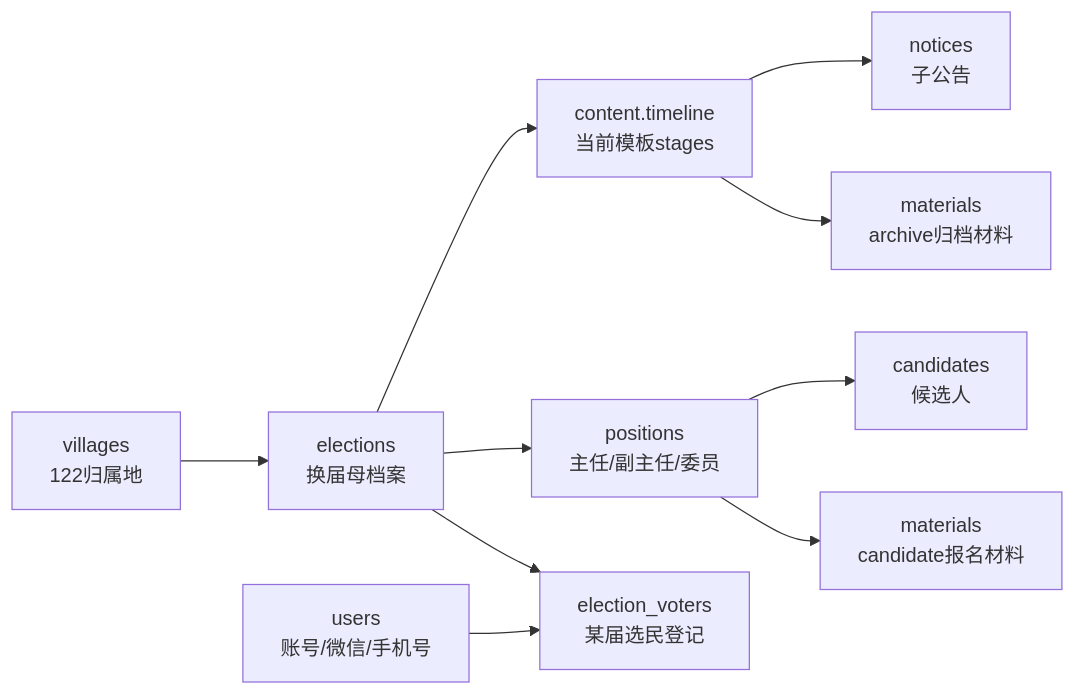
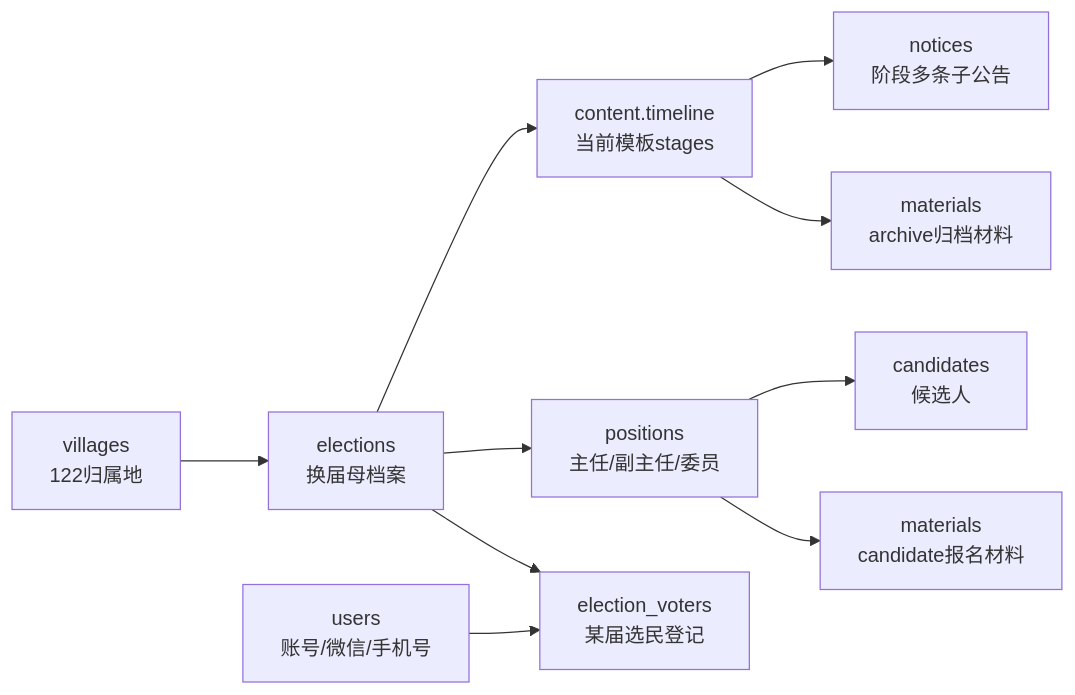
The first of 5 diagrams in 副船长的航海接力日志/当前接力图.md (4xiaxia/election-v2), drawn with Mermaid before and after one commit. The commit also changed other lines of this file and 4 other files, not shown here.

Commit message:
docs: mark stage notice collection flow

````diff
--- a/副船长的航海接力日志/当前接力图.md
+++ b/副船长的航海接力日志/当前接力图.md
@@ -7,12 +7,12 @@
 ```mermaid
 flowchart LR
     V[villages<br/>122归属地] --> E[elections<br/>换届母档案]
     E --> T[content.timeline<br/>当前模板stages]
     E --> P[positions<br/>主任/副主任/委员]
     P --> C[candidates<br/>候选人]
     P --> M1[materials<br/>candidate报名材料]
-    T --> N[notices<br/>子公告]
+    T --> N[notices<br/>阶段多条子公告]
     T --> M2[materials<br/>archive归档材料]
     U[users<br/>账号/微信/手机号] --> EV[election_voters<br/>某届选民登记]
     E --> EV
 ```
````
